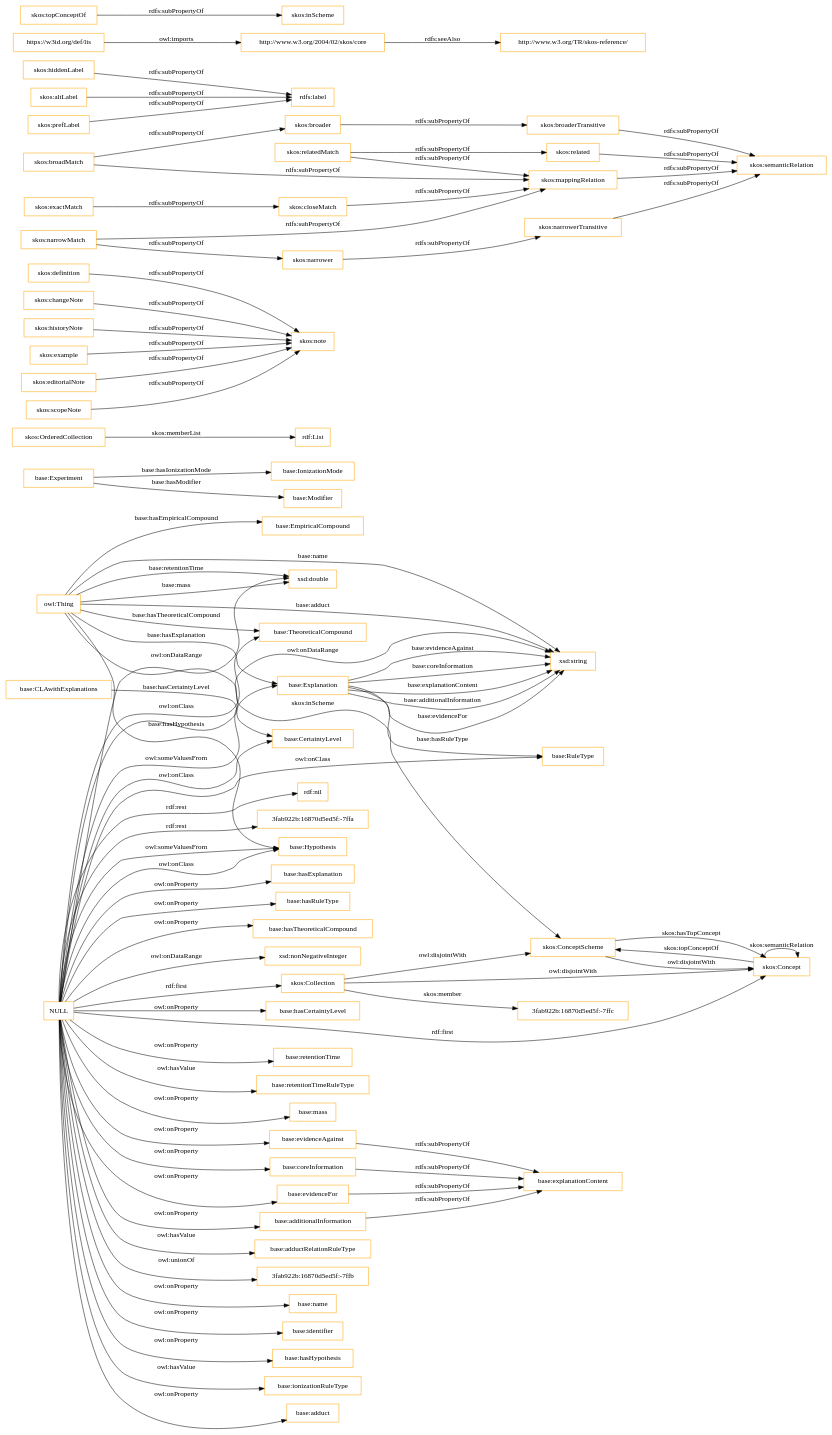
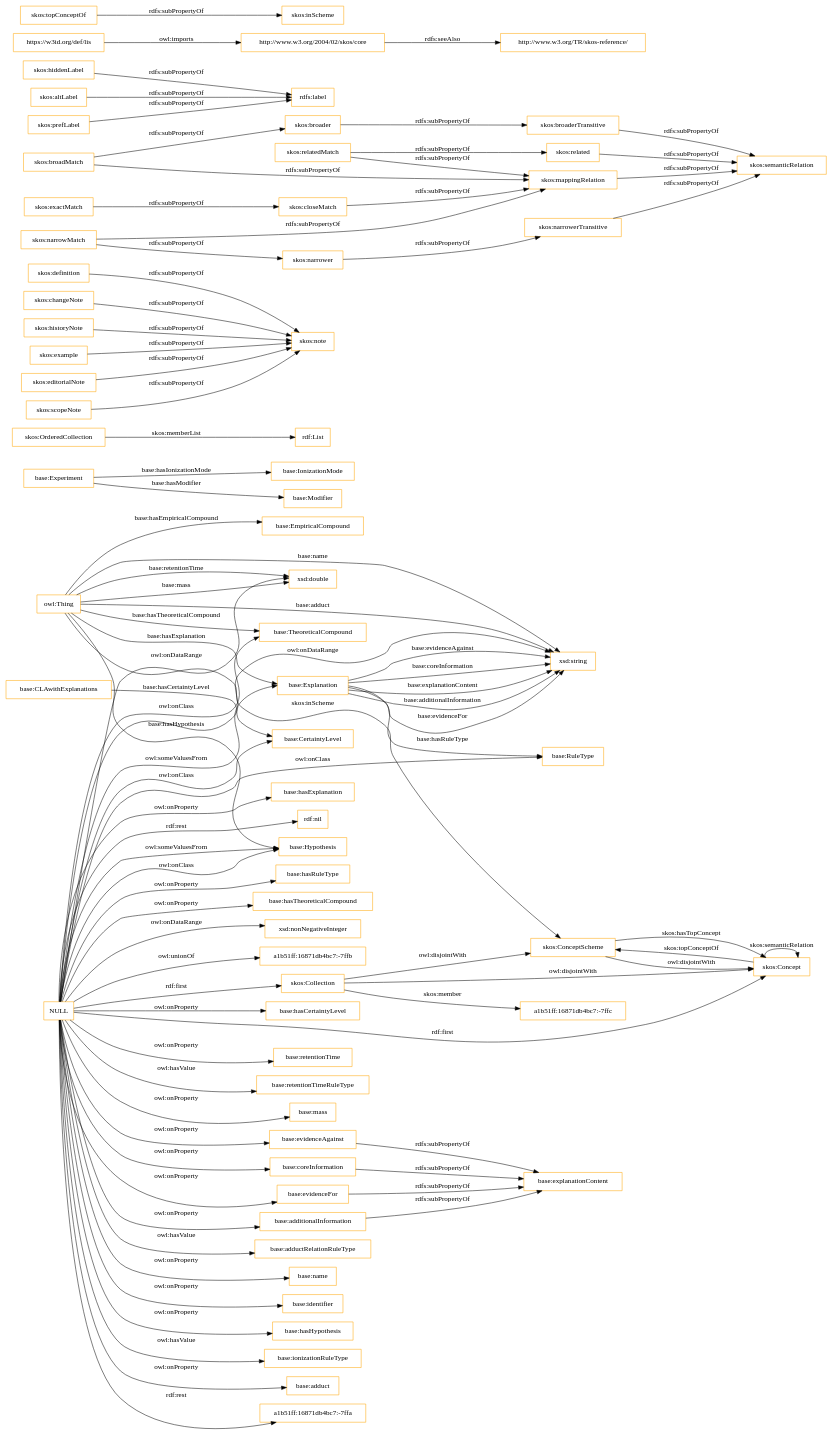
One commit to marianofl1971/lis changed the diagram in OnToology/lis.owl/diagrams/ar2dtool-class/lis.owl.png.dot. Above: the diagram before and after it, drawn with Graphviz. The commit also changed 7 other files, not shown here.

```diff
--- a/OnToology/lis.owl/diagrams/ar2dtool-class/lis.owl.png.dot
+++ b/OnToology/lis.owl/diagrams/ar2dtool-class/lis.owl.png.dot
@@ -1,93 +1,93 @@
 digraph ar2dtool_diagram { 
 rankdir=LR;
 size="1501"
-node [shape = rectangle, color="orange"]; "base:TheoreticalCompound" "base:CLAwithExplanations" "base:Hypothesis" "base:RuleType" "base:Explanation" "base:IonizationMode" "base:Modifier" "base:Experiment" "base:CertaintyLevel" "base:EmpiricalCompound" "3fab922b:16870d5ed5f:-7ffc" "skos:OrderedCollection" "skos:Collection" "skos:ConceptScheme" "skos:Concept" ; /*classes style*/
+node [shape = rectangle, color="orange"]; "base:TheoreticalCompound" "base:CLAwithExplanations" "base:Hypothesis" "base:RuleType" "base:Explanation" "base:IonizationMode" "base:Modifier" "base:Experiment" "base:CertaintyLevel" "base:EmpiricalCompound" "a1b51ff:16871db4bc7:-7ffc" "skos:OrderedCollection" "skos:Collection" "skos:ConceptScheme" "skos:Concept" ; /*classes style*/
 	"skos:definition" -> "skos:note" [ label = "rdfs:subPropertyOf" ];
 	"skos:relatedMatch" -> "skos:related" [ label = "rdfs:subPropertyOf" ];
 	"skos:relatedMatch" -> "skos:mappingRelation" [ label = "rdfs:subPropertyOf" ];
 	"base:additionalInformation" -> "base:explanationContent" [ label = "rdfs:subPropertyOf" ];
 	"skos:changeNote" -> "skos:note" [ label = "rdfs:subPropertyOf" ];
 	"skos:hiddenLabel" -> "rdfs:label" [ label = "rdfs:subPropertyOf" ];
 	"skos:related" -> "skos:semanticRelation" [ label = "rdfs:subPropertyOf" ];
 	"skos:ConceptScheme" -> "skos:Concept" [ label = "owl:disjointWith" ];
 	"base:evidenceAgainst" -> "base:explanationContent" [ label = "rdfs:subPropertyOf" ];
 	"skos:altLabel" -> "rdfs:label" [ label = "rdfs:subPropertyOf" ];
 	"https://w3id.org/def/lis" -> "http://www.w3.org/2004/02/skos/core" [ label = "owl:imports" ];
 	"skos:narrower" -> "skos:narrowerTransitive" [ label = "rdfs:subPropertyOf" ];
 	"skos:broaderTransitive" -> "skos:semanticRelation" [ label = "rdfs:subPropertyOf" ];
 	"skos:broader" -> "skos:broaderTransitive" [ label = "rdfs:subPropertyOf" ];
 	"skos:historyNote" -> "skos:note" [ label = "rdfs:subPropertyOf" ];
 	"skos:broadMatch" -> "skos:broader" [ label = "rdfs:subPropertyOf" ];
 	"skos:broadMatch" -> "skos:mappingRelation" [ label = "rdfs:subPropertyOf" ];
 	"http://www.w3.org/2004/02/skos/core" -> "http://www.w3.org/TR/skos-reference/" [ label = "rdfs:seeAlso" ];
 	"base:coreInformation" -> "base:explanationContent" [ label = "rdfs:subPropertyOf" ];
 	"skos:narrowerTransitive" -> "skos:semanticRelation" [ label = "rdfs:subPropertyOf" ];
 	"NULL" -> "base:adductRelationRuleType" [ label = "owl:hasValue" ];
-	"NULL" -> "3fab922b:16870d5ed5f:-7ffb" [ label = "owl:unionOf" ];
+	"NULL" -> "base:coreInformation" [ label = "owl:onProperty" ];
 	"NULL" -> "base:name" [ label = "owl:onProperty" ];
-	"NULL" -> "base:coreInformation" [ label = "owl:onProperty" ];
 	"NULL" -> "base:identifier" [ label = "owl:onProperty" ];
 	"NULL" -> "base:hasHypothesis" [ label = "owl:onProperty" ];
+	"NULL" -> "xsd:double" [ label = "owl:onDataRange" ];
+	"NULL" -> "base:ionizationRuleType" [ label = "owl:hasValue" ];
 	"NULL" -> "base:evidenceFor" [ label = "owl:onProperty" ];
-	"NULL" -> "base:ionizationRuleType" [ label = "owl:hasValue" ];
-	"NULL" -> "xsd:double" [ label = "owl:onDataRange" ];
 	"NULL" -> "base:Hypothesis" [ label = "owl:onClass" ];
 	"NULL" -> "base:adduct" [ label = "owl:onProperty" ];
 	"NULL" -> "base:TheoreticalCompound" [ label = "owl:onClass" ];
 	"NULL" -> "skos:Concept" [ label = "rdf:first" ];
+	"NULL" -> "a1b51ff:16871db4bc7:-7ffa" [ label = "rdf:rest" ];
 	"NULL" -> "base:evidenceAgainst" [ label = "owl:onProperty" ];
+	"NULL" -> "base:hasExplanation" [ label = "owl:onProperty" ];
 	"NULL" -> "rdf:nil" [ label = "rdf:rest" ];
-	"NULL" -> "3fab922b:16870d5ed5f:-7ffa" [ label = "rdf:rest" ];
-	"NULL" -> "base:hasExplanation" [ label = "owl:onProperty" ];
 	"NULL" -> "base:hasRuleType" [ label = "owl:onProperty" ];
 	"NULL" -> "xsd:string" [ label = "owl:onDataRange" ];
 	"NULL" -> "base:hasTheoreticalCompound" [ label = "owl:onProperty" ];
 	"NULL" -> "xsd:nonNegativeInteger" [ label = "owl:onDataRange" ];
+	"NULL" -> "a1b51ff:16871db4bc7:-7ffb" [ label = "owl:unionOf" ];
 	"NULL" -> "base:RuleType" [ label = "owl:onClass" ];
 	"NULL" -> "base:Hypothesis" [ label = "owl:someValuesFrom" ];
 	"NULL" -> "base:hasCertaintyLevel" [ label = "owl:onProperty" ];
 	"NULL" -> "base:CertaintyLevel" [ label = "owl:onClass" ];
 	"NULL" -> "base:retentionTime" [ label = "owl:onProperty" ];
 	"NULL" -> "base:additionalInformation" [ label = "owl:onProperty" ];
 	"NULL" -> "base:retentionTimeRuleType" [ label = "owl:hasValue" ];
+	"NULL" -> "base:mass" [ label = "owl:onProperty" ];
 	"NULL" -> "skos:Collection" [ label = "rdf:first" ];
 	"NULL" -> "base:Explanation" [ label = "owl:someValuesFrom" ];
-	"NULL" -> "base:mass" [ label = "owl:onProperty" ];
 	"skos:prefLabel" -> "rdfs:label" [ label = "rdfs:subPropertyOf" ];
 	"base:evidenceFor" -> "base:explanationContent" [ label = "rdfs:subPropertyOf" ];
 	"skos:narrowMatch" -> "skos:narrower" [ label = "rdfs:subPropertyOf" ];
 	"skos:narrowMatch" -> "skos:mappingRelation" [ label = "rdfs:subPropertyOf" ];
 	"skos:example" -> "skos:note" [ label = "rdfs:subPropertyOf" ];
 	"skos:mappingRelation" -> "skos:semanticRelation" [ label = "rdfs:subPropertyOf" ];
 	"skos:Collection" -> "skos:ConceptScheme" [ label = "owl:disjointWith" ];
 	"skos:Collection" -> "skos:Concept" [ label = "owl:disjointWith" ];
 	"skos:topConceptOf" -> "skos:inScheme" [ label = "rdfs:subPropertyOf" ];
 	"skos:exactMatch" -> "skos:closeMatch" [ label = "rdfs:subPropertyOf" ];
 	"skos:editorialNote" -> "skos:note" [ label = "rdfs:subPropertyOf" ];
 	"skos:closeMatch" -> "skos:mappingRelation" [ label = "rdfs:subPropertyOf" ];
 	"skos:scopeNote" -> "skos:note" [ label = "rdfs:subPropertyOf" ];
 	"base:Experiment" -> "base:Modifier" [ label = "base:hasModifier" ];
 	"base:Experiment" -> "base:IonizationMode" [ label = "base:hasIonizationMode" ];
 	"base:Explanation" -> "xsd:string" [ label = "base:coreInformation" ];
 	"skos:Concept" -> "skos:ConceptScheme" [ label = "skos:topConceptOf" ];
 	"owl:Thing" -> "xsd:double" [ label = "base:retentionTime" ];
 	"owl:Thing" -> "base:EmpiricalCompound" [ label = "base:hasEmpiricalCompound" ];
 	"base:Explanation" -> "xsd:string" [ label = "base:explanationContent" ];
 	"owl:Thing" -> "base:TheoreticalCompound" [ label = "base:hasTheoreticalCompound" ];
-	"skos:Collection" -> "3fab922b:16870d5ed5f:-7ffc" [ label = "skos:member" ];
+	"skos:Collection" -> "a1b51ff:16871db4bc7:-7ffc" [ label = "skos:member" ];
 	"owl:Thing" -> "xsd:string" [ label = "base:adduct" ];
 	"base:CLAwithExplanations" -> "base:CertaintyLevel" [ label = "base:hasCertaintyLevel" ];
 	"owl:Thing" -> "base:Explanation" [ label = "base:hasExplanation" ];
 	"base:Explanation" -> "xsd:string" [ label = "base:additionalInformation" ];
 	"skos:ConceptScheme" -> "skos:Concept" [ label = "skos:hasTopConcept" ];
 	"owl:Thing" -> "skos:ConceptScheme" [ label = "skos:inScheme" ];
 	"base:Explanation" -> "xsd:string" [ label = "base:evidenceFor" ];
 	"base:Explanation" -> "base:RuleType" [ label = "base:hasRuleType" ];
 	"skos:OrderedCollection" -> "rdf:List" [ label = "skos:memberList" ];
 	"owl:Thing" -> "base:Hypothesis" [ label = "base:hasHypothesis" ];
 	"skos:Concept" -> "skos:Concept" [ label = "skos:semanticRelation" ];
 	"owl:Thing" -> "xsd:double" [ label = "base:mass" ];
 	"base:Explanation" -> "xsd:string" [ label = "base:evidenceAgainst" ];
 	"owl:Thing" -> "xsd:string" [ label = "base:name" ];
 
 }
```
